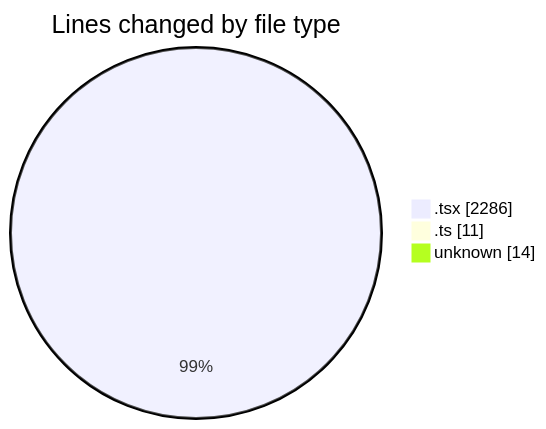
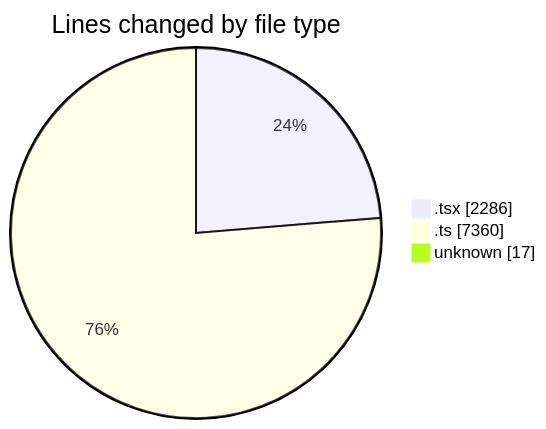
One commit to JenPaints/code-tracking changed the first of 2 diagrams in 2025-06-20/modeljsondesigner/README.md. Above: the diagram before and after it, drawn with Mermaid. The commit also changed other lines of this file and 1 other file, not shown here.

````diff
--- a/2025-06-20/modeljsondesigner/README.md
+++ b/2025-06-20/modeljsondesigner/README.md
@@ -25,7 +26,7 @@
 ```mermaid
 pie showData
 title Lines changed by file type
 ".tsx" : 2286
-".ts" : 11
-"unknown" : 14
+".ts" : 7360
+"unknown" : 17
 ```
````
